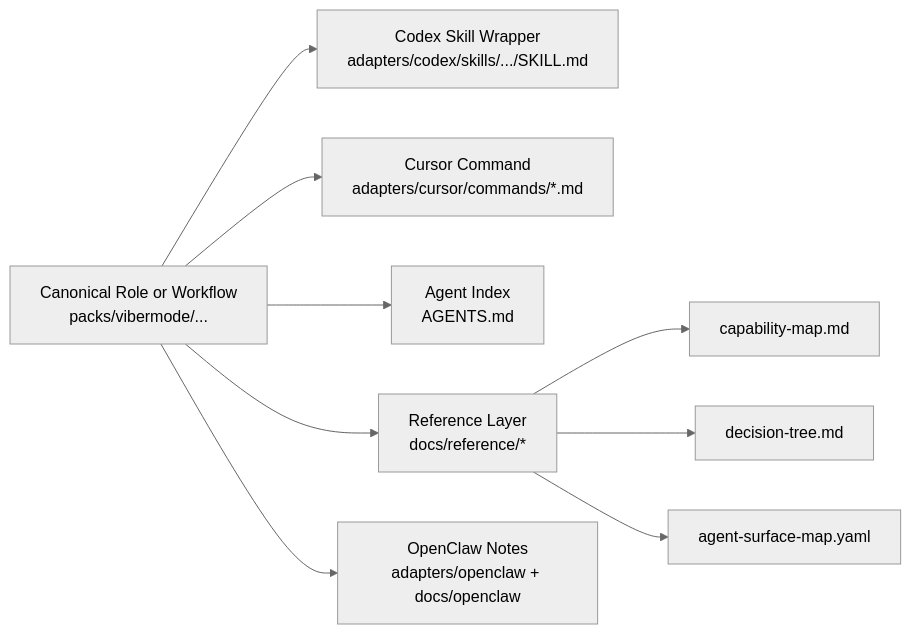
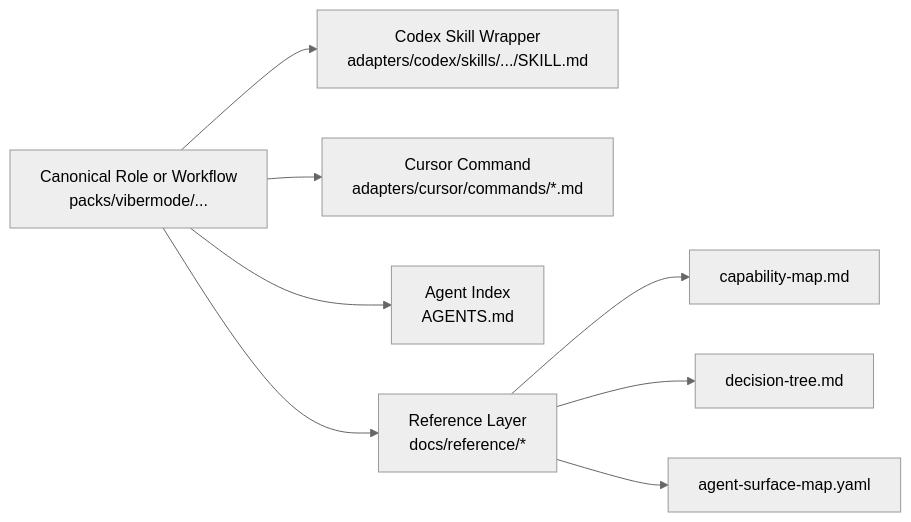
Before and after one commit to cankocakulak/ViberMode: the third of 6 diagrams in docs/reference/repo-visual-map.md, drawn with Mermaid (neutral theme). The commit also changed other lines of this file and 88 other files, not shown here.

````diff
--- a/docs/reference/repo-visual-map.md
+++ b/docs/reference/repo-visual-map.md
@@ -145,14 +165,13 @@
 ```mermaid
 flowchart LR
     canonical["Canonical Role or Workflow\npacks/vibermode/..."]
 
     canonical --> codex["Codex Skill Wrapper\nadapters/codex/skills/.../SKILL.md"]
     canonical --> cursor["Cursor Command\nadapters/cursor/commands/*.md"]
     canonical --> agents["Agent Index\nAGENTS.md"]
     canonical --> reference["Reference Layer\ndocs/reference/*"]
-    canonical --> openclaw["OpenClaw Notes\nadapters/openclaw + docs/openclaw"]
 
     reference --> capability["capability-map.md"]
     reference --> decision["decision-tree.md"]
     reference --> surface["agent-surface-map.yaml"]
 ```
````
